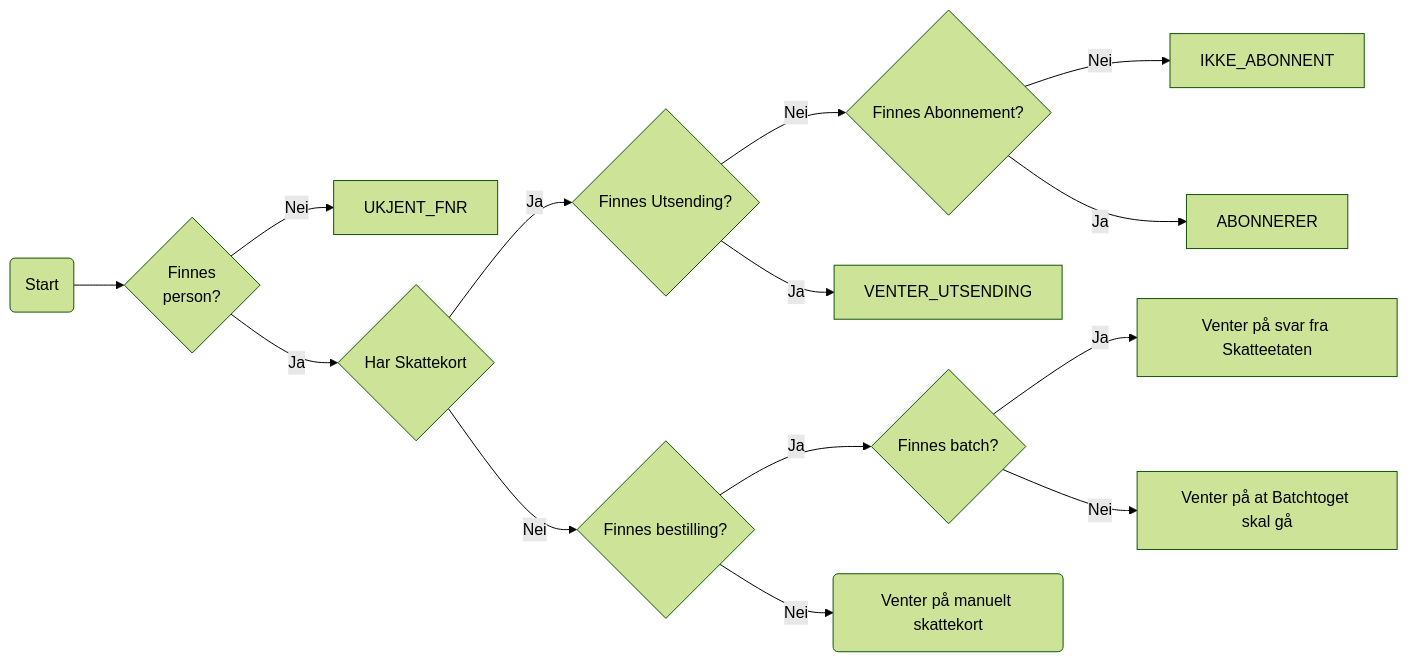
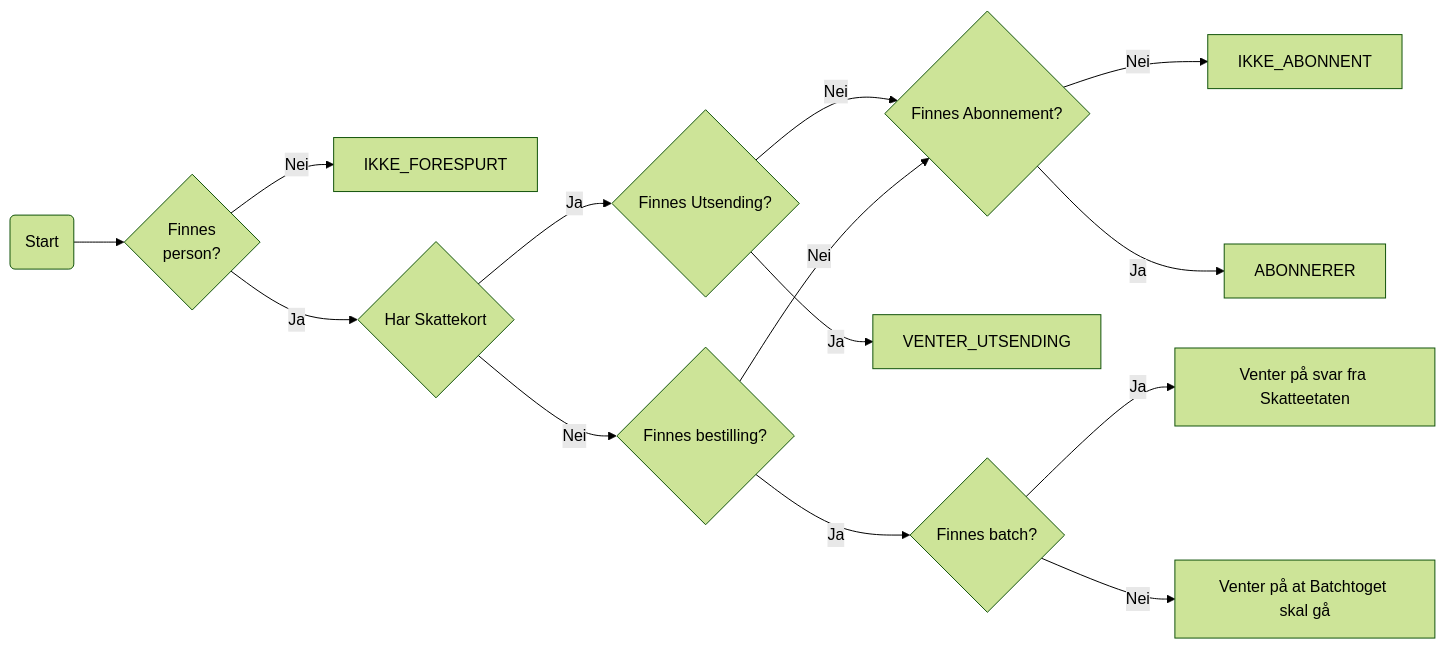
Before and after one commit to navikt/sokos-skattekort: the ninth of 9 diagrams in dokumentasjon/arkitektur/workflows.md, drawn with Mermaid (forest theme). The commit also changed other lines of this file and 6 other files, not shown here.

````diff
--- a/dokumentasjon/arkitektur/workflows.md
+++ b/dokumentasjon/arkitektur/workflows.md
@@ -105,16 +109,16 @@
 ```mermaid
 flowchart LR
     Start(Start) --> FNR{Finnes \nperson?}
-    FNR -->|Nei| IKKE_FORESPURT[UKJENT_FNR]
+    FNR -->|Nei| IKKE_FORESPURT[IKKE_FORESPURT]
     FNR -->|Ja| SJEKK_SKATTEKORT{Har Skattekort}
     SJEKK_SKATTEKORT -->|Ja| SJEKK_UTSENDING{Finnes Utsending?}
     SJEKK_UTSENDING -->|Nei| SJEKK_ABONNEMENT{Finnes Abonnement?}
     SJEKK_UTSENDING -->|Ja| VENTER_UTSENDING
     SJEKK_ABONNEMENT{Finnes Abonnement?} -->|Nei| IKKE_ABONNENT
     SJEKK_ABONNEMENT -->|Ja| ABONNERER
     SJEKK_SKATTEKORT -->|Nei| SJEKK_BESTILLING{Finnes bestilling?}
     SJEKK_BESTILLING -->|Ja| SJEKK_BATCH{Finnes batch?}
     SJEKK_BATCH -->|Ja| VENTER_SVAR[Venter på svar fra Skatteetaten]
     SJEKK_BATCH -->|Nei| VENTER_BATCH[Venter på at Batchtoget skal gå]
-    SJEKK_BESTILLING -->|Nei| WAIT(Venter på manuelt skattekort)
+    SJEKK_BESTILLING -->|Nei| SJEKK_ABONNEMENT
 ```
````
